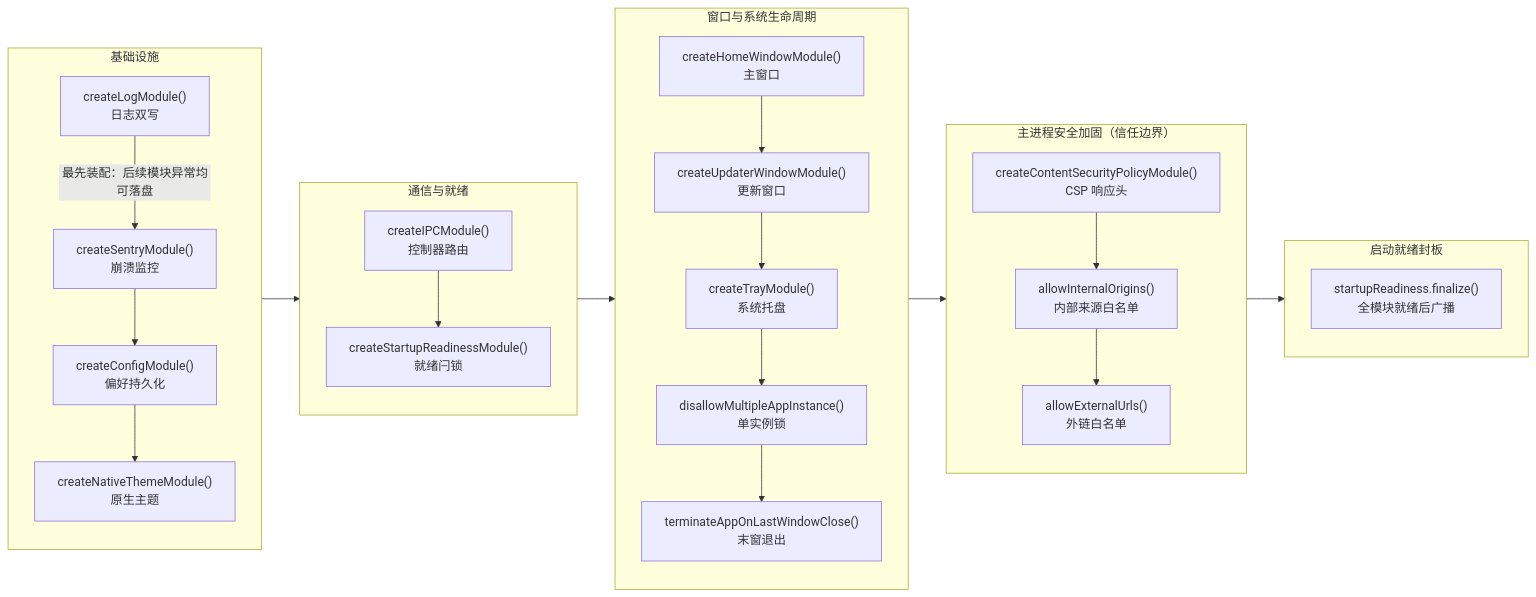
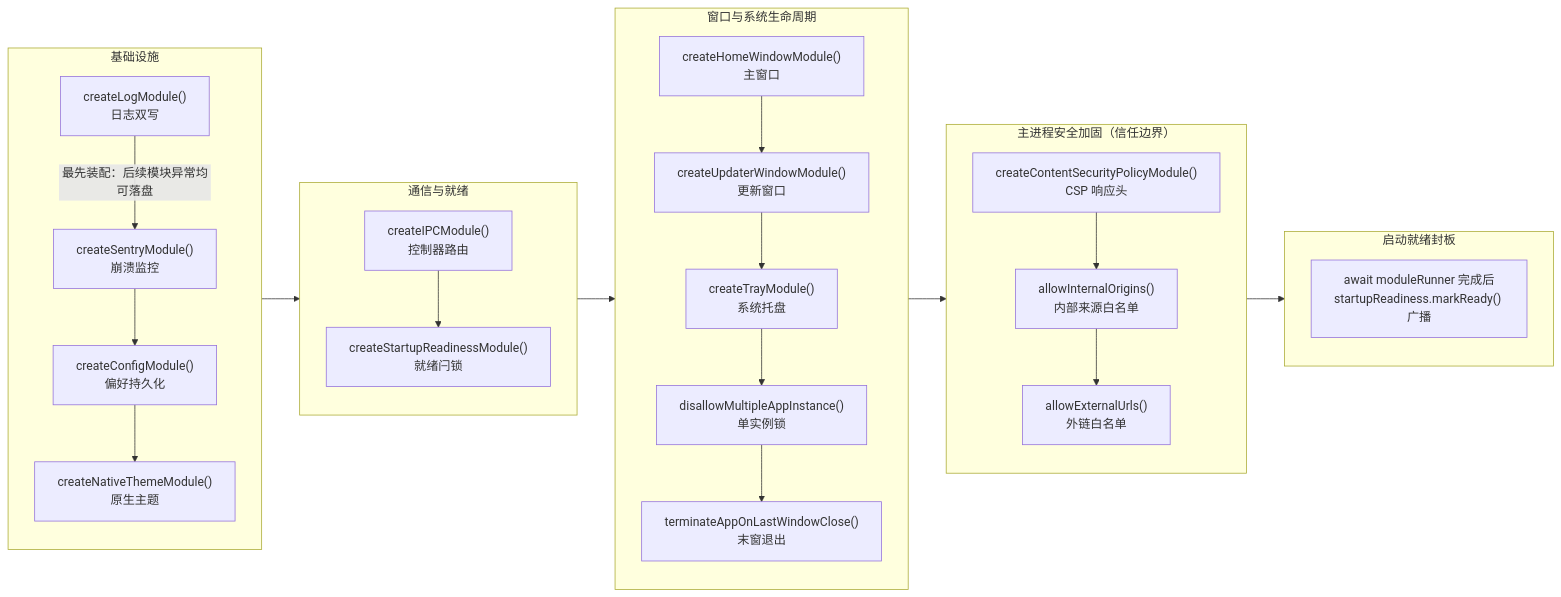
One commit to BanShan-Alec/electron-react-monorepo-template changed the diagram in packages/docs/src/pages/architecture/module-lifecycle.md. Above: the diagram before and after it, drawn with Mermaid. The commit also changed other lines of this file and 10 other files, not shown here.

````diff
--- a/packages/docs/src/pages/architecture/module-lifecycle.md
+++ b/packages/docs/src/pages/architecture/module-lifecycle.md
@@ -21,47 +21,47 @@
 ```mermaid
 flowchart LR
   subgraph foundation["基础设施"]
     direction TB
     LOG["createLogModule()<br/>日志双写"]
     SENTRY["createSentryModule()<br/>崩溃监控"]
     CONFIG["createConfigModule()<br/>偏好持久化"]
     THEME["createNativeThemeModule()<br/>原生主题"]
     LOG -->|"最先装配：后续模块异常均可落盘"| SENTRY
     SENTRY --> CONFIG --> THEME
   end
 
   subgraph runtime["通信与就绪"]
     direction TB
     IPC["createIPCModule()<br/>控制器路由"]
     READY["createStartupReadinessModule()<br/>就绪闩锁"]
     IPC --> READY
   end
 
   subgraph windows["窗口与系统生命周期"]
     direction TB
     WIN["createHomeWindowModule()<br/>主窗口"]
     UPDATER_WIN["createUpdaterWindowModule()<br/>更新窗口"]
     TRAY["createTrayModule()<br/>系统托盘"]
     SINGLE["disallowMultipleAppInstance()<br/>单实例锁"]
     TERM["terminateAppOnLastWindowClose()<br/>末窗退出"]
     WIN --> UPDATER_WIN --> TRAY --> SINGLE --> TERM
   end
 
   subgraph security["主进程安全加固（信任边界）"]
     direction TB
     CSP["createContentSecurityPolicyModule()<br/>CSP 响应头"]
     ORIGIN["allowInternalOrigins()<br/>内部来源白名单"]
     EXT["allowExternalUrls()<br/>外链白名单"]
     CSP --> ORIGIN --> EXT
   end
 
   subgraph finalize["启动就绪封板"]
     direction TB
-    READY_FIN["startupReadiness.finalize()<br/>全模块就绪后广播"]
+    READY_FIN["await moduleRunner 完成后<br/>startupReadiness.markReady() 广播"]
   end
 
   foundation --> runtime
   runtime --> windows
   windows --> security
   security --> finalize
 ```
````
